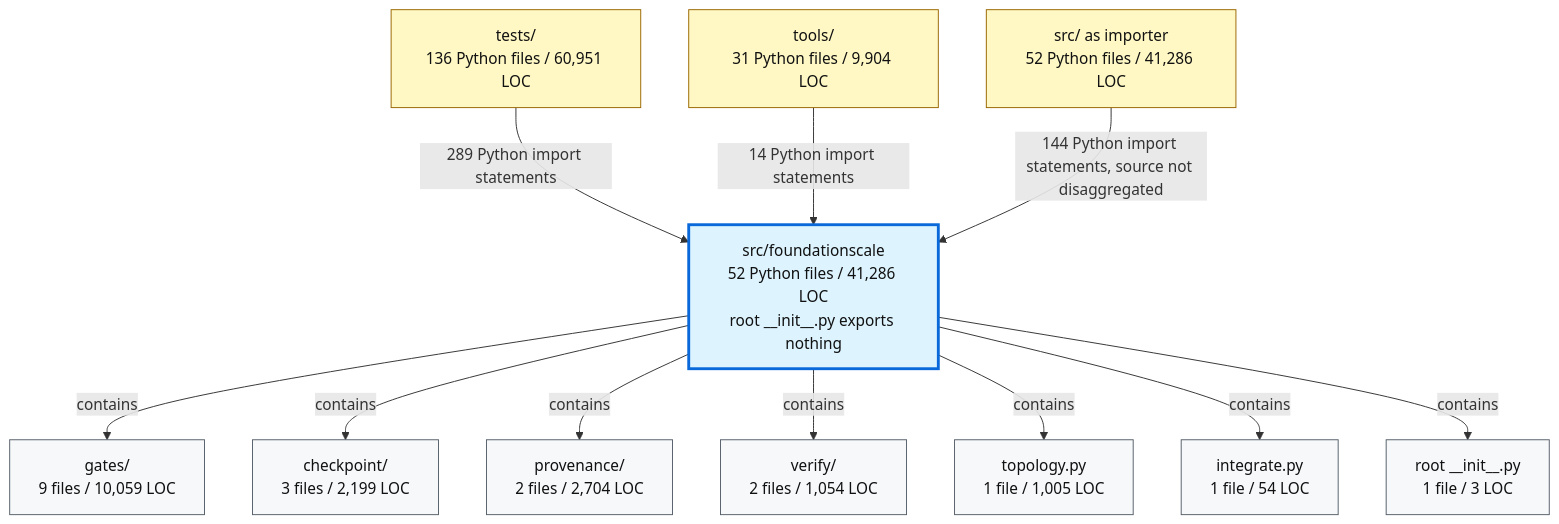
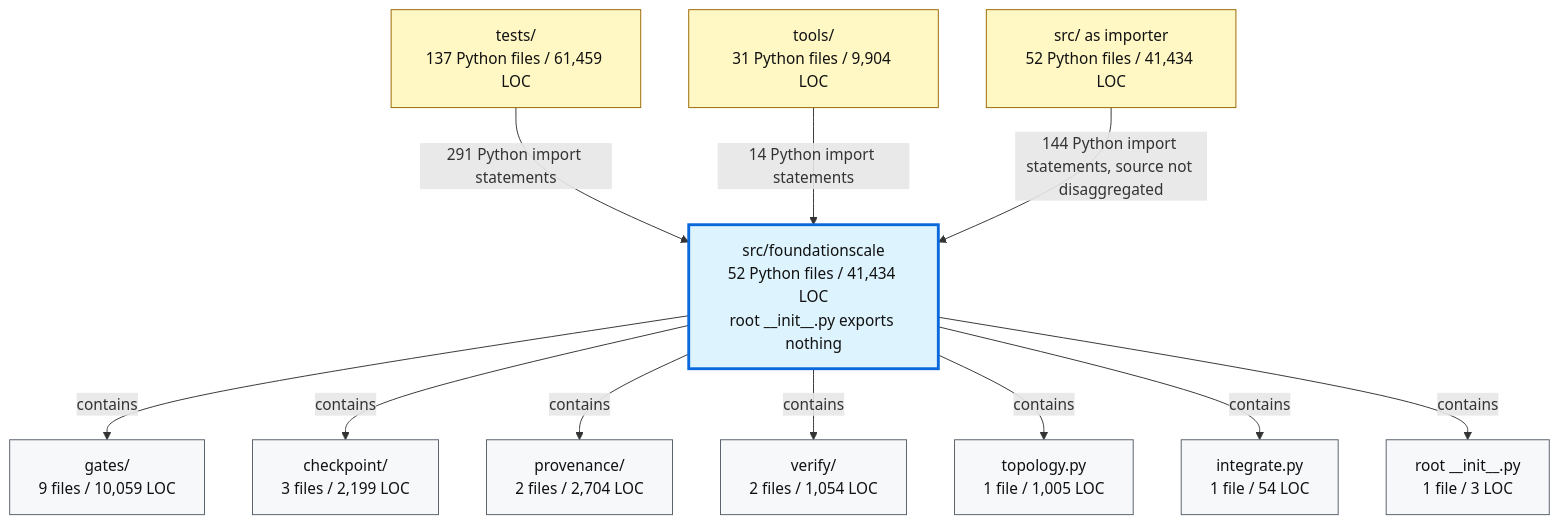
One commit to TranNhiem/FoundationScale changed the second of 2 diagrams in docs/review/D2_current_architecture.md. Above: the diagram before and after it, drawn with Mermaid. The commit also changed other lines of this file and 12 other files, not shown here.

````diff
--- a/docs/review/D2_current_architecture.md
+++ b/docs/review/D2_current_architecture.md
@@ -97,36 +97,36 @@
 ```mermaid
 flowchart TB
-  TESTS["tests/<br/>136 Python files / 60,951 LOC"]
+  TESTS["tests/<br/>137 Python files / 61,459 LOC"]
   TOOLS["tools/<br/>31 Python files / 9,904 LOC"]
-  SRC["src/ as importer<br/>52 Python files / 41,286 LOC"]
+  SRC["src/ as importer<br/>52 Python files / 41,434 LOC"]
 
-  FS["src/foundationscale<br/>52 Python files / 41,286 LOC<br/>root __init__.py exports nothing"]
+  FS["src/foundationscale<br/>52 Python files / 41,434 LOC<br/>root __init__.py exports nothing"]
 
   GATES["gates/<br/>9 files / 10,059 LOC"]
   CKPT["checkpoint/<br/>3 files / 2,199 LOC"]
   PROV["provenance/<br/>2 files / 2,704 LOC"]
   VERIFY["verify/<br/>2 files / 1,054 LOC"]
   TOPO["topology.py<br/>1 file / 1,005 LOC"]
   INTEG["integrate.py<br/>1 file / 54 LOC"]
   ROOT["root __init__.py<br/>1 file / 3 LOC"]
 
-  TESTS -->|"289 Python import statements"| FS
+  TESTS -->|"291 Python import statements"| FS
   TOOLS -->|"14 Python import statements"| FS
   SRC -->|"144 Python import statements, source not disaggregated"| FS
 
   FS -->|"contains"| GATES
   FS -->|"contains"| CKPT
   FS -->|"contains"| PROV
   FS -->|"contains"| VERIFY
   FS -->|"contains"| TOPO
   FS -->|"contains"| INTEG
   FS -->|"contains"| ROOT
 
   classDef consumer fill:#fff8c5,stroke:#9a6700,color:#111;
   classDef package fill:#ddf4ff,stroke:#0969da,stroke-width:3px,color:#111;
   classDef module fill:#f6f8fa,stroke:#57606a,color:#111;
 
   class TESTS,TOOLS,SRC consumer;
   class FS package;
   class GATES,CKPT,PROV,VERIFY,TOPO,INTEG,ROOT module;
 ```
````
